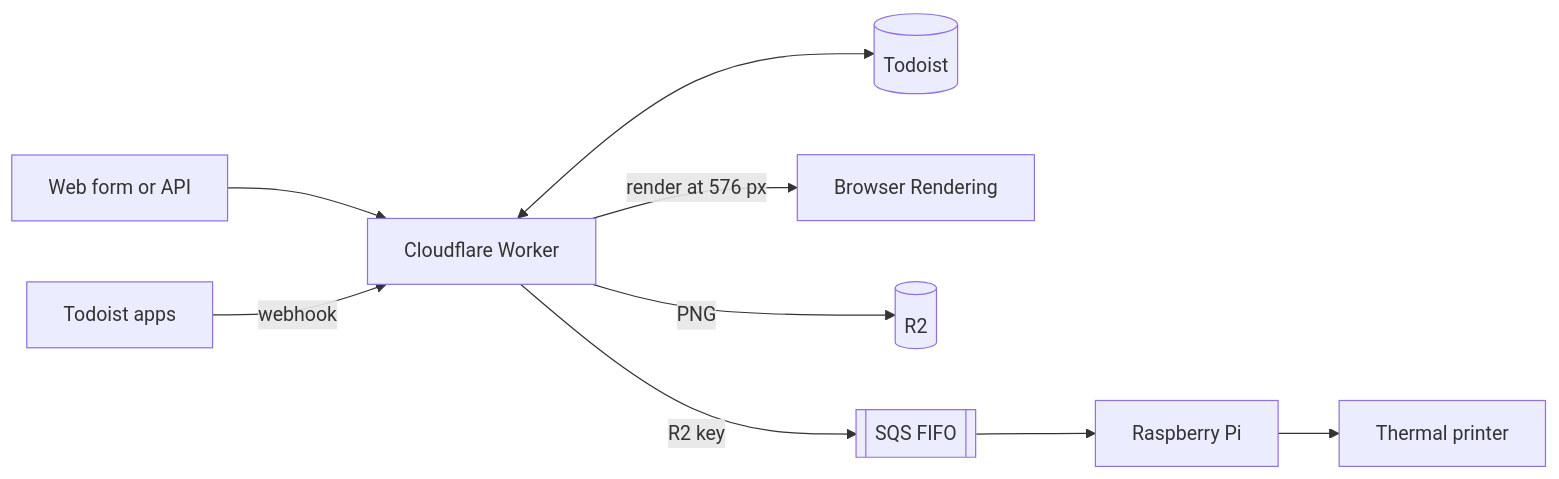
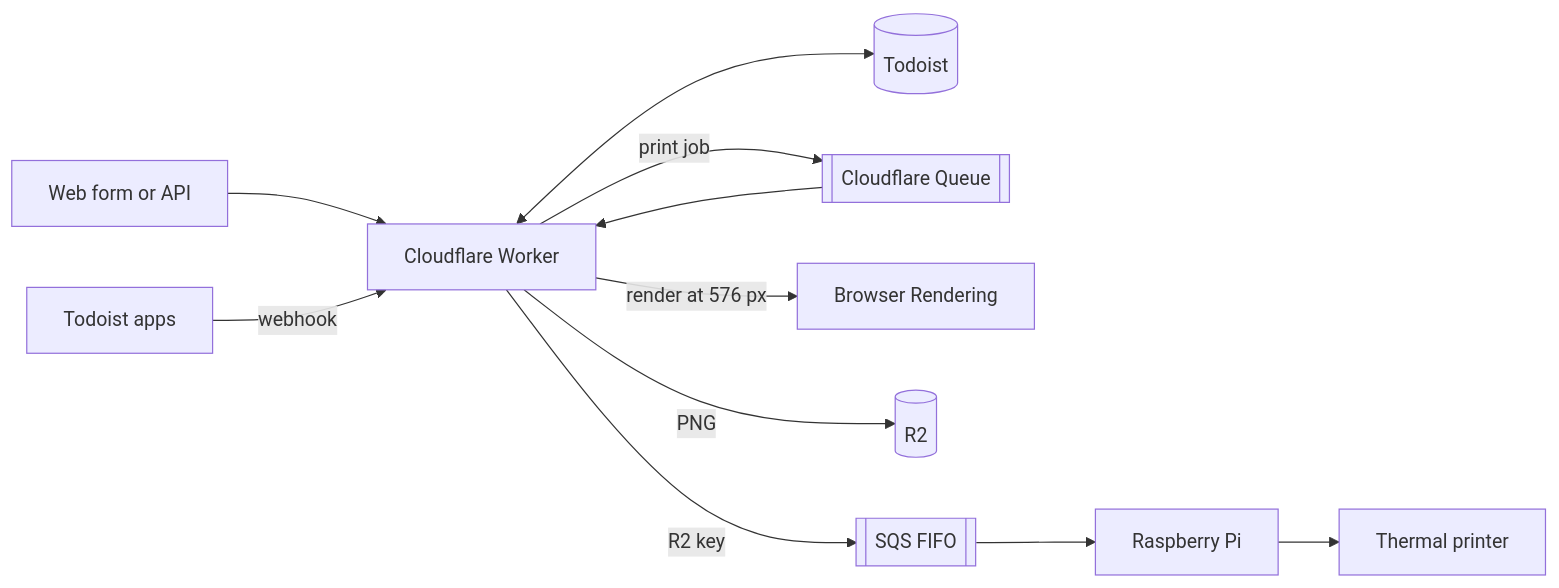
The diagram in README.md (DeadPackets/FaxMeMaybe), drawn with Mermaid before and after one commit. The commit also changed other lines of this file and 6 other files, not shown here.

First line of the commit message:
feat: print through a Cloudflare Queue, reply before the render

````diff
--- a/README.md
+++ b/README.md
@@ -17,10 +17,11 @@
 ```mermaid
 flowchart LR
   Form[Web form or API] --> Worker[Cloudflare Worker]
   Apps[Todoist apps] -- webhook --> Worker
   Worker <--> Todoist[(Todoist)]
+  Worker -- print job --> Queue[[Cloudflare Queue]] --> Worker
   Worker -- render at 576 px --> Browser[Browser Rendering]
   Worker -- PNG --> R2[(R2)]
   Worker -- R2 key --> SQS[[SQS FIFO]]
   SQS --> Pi[Raspberry Pi] --> Printer[Thermal printer]
 ```
````
